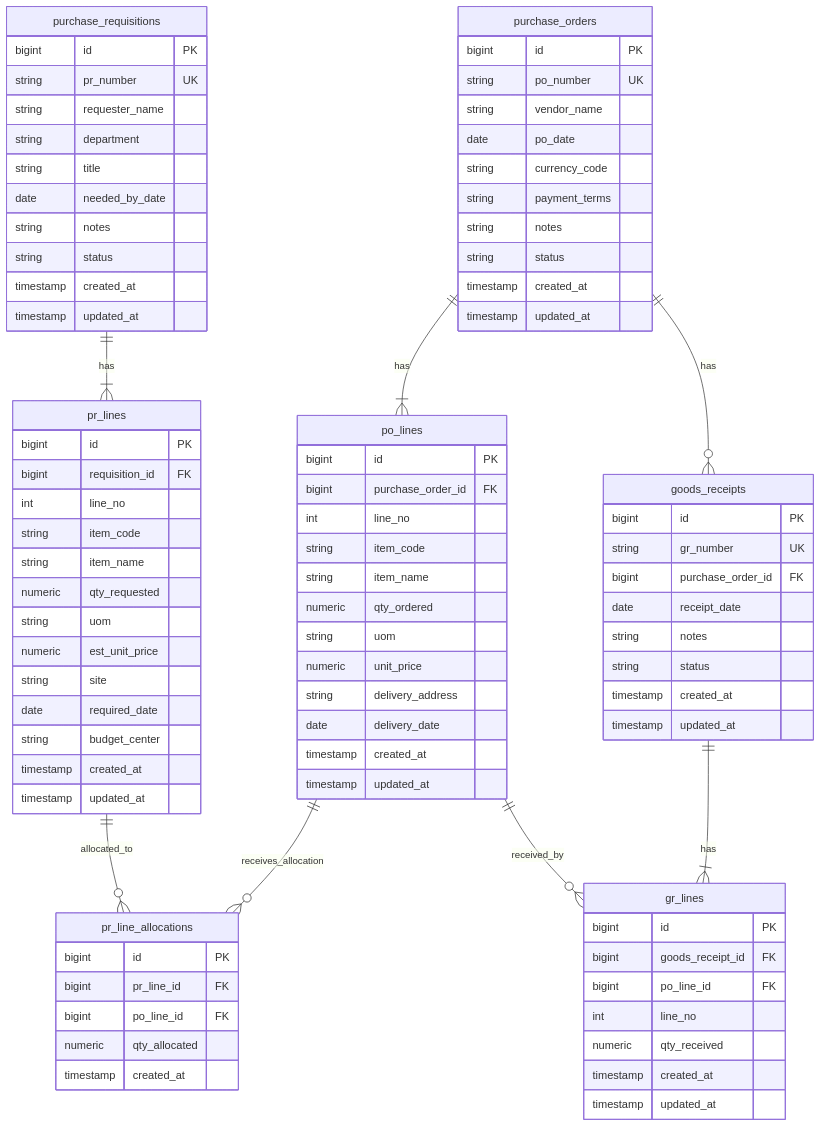
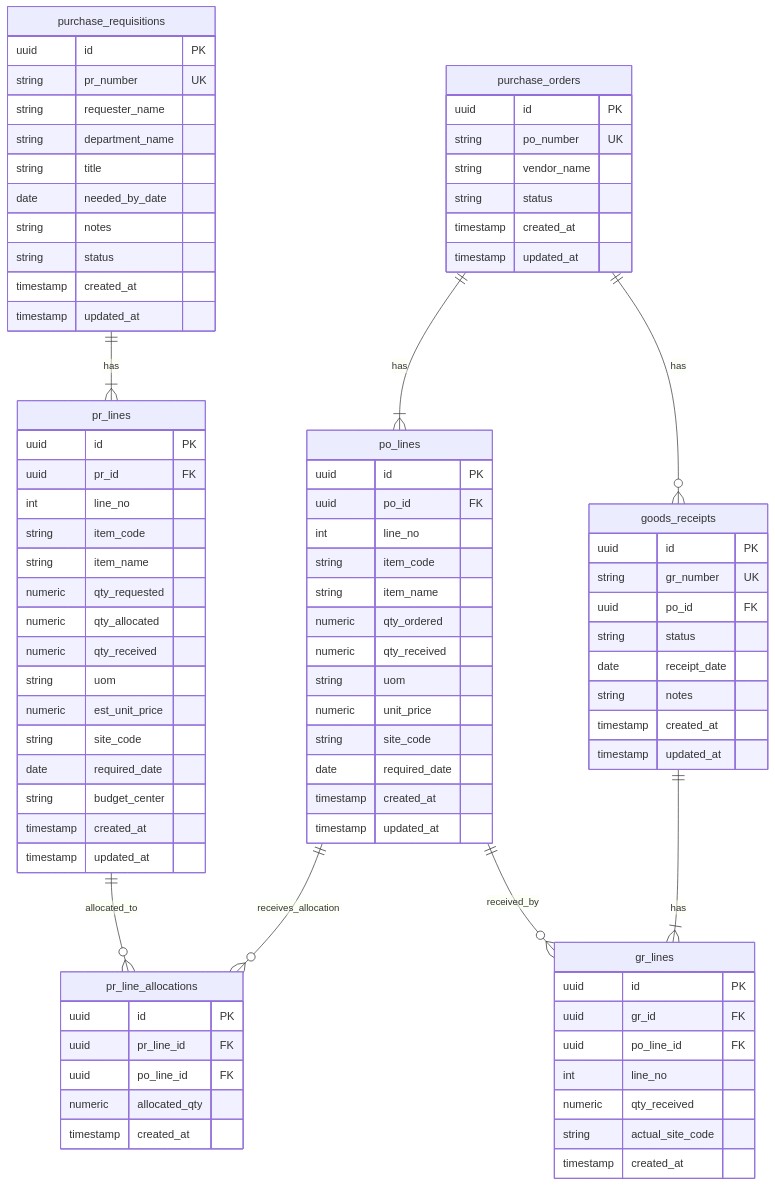
The fifth of 5 diagrams in docs/plan.md (eComindo/2026-github-copilot-workshop), drawn with Mermaid before and after one commit. The commit also changed other lines of this file, not shown here.

First line of the commit message:
Updated the plan.md file to reflect the actual DB

````diff
--- a/docs/plan.md
+++ b/docs/plan.md
@@ -247,10 +248,10 @@
    po_lines ||--o{ gr_lines : received_by
 
    purchase_requisitions {
-    bigint id PK
+    uuid id PK
     string pr_number UK
     string requester_name
-    string department
+    string department_name
     string title
     date needed_by_date
     string notes
@@ -260,15 +261,17 @@
    }
 
    pr_lines {
-    bigint id PK
-    bigint requisition_id FK
+    uuid id PK
+    uuid pr_id FK
     int line_no
     string item_code
     string item_name
     numeric qty_requested
+    numeric qty_allocated
+    numeric qty_received
     string uom
     numeric est_unit_price
-    string site
+    string site_code
     date required_date
     string budget_center
     timestamp created_at
@@ -276,59 +279,56 @@
    }
 
    purchase_orders {
-    bigint id PK
+    uuid id PK
     string po_number UK
     string vendor_name
-    date po_date
-    string currency_code
-    string payment_terms
-    string notes
     string status
     timestamp created_at
     timestamp updated_at
    }
 
    po_lines {
-    bigint id PK
-    bigint purchase_order_id FK
+    uuid id PK
+    uuid po_id FK
     int line_no
     string item_code
     string item_name
     numeric qty_ordered
+    numeric qty_received
     string uom
     numeric unit_price
-    string delivery_address
-    date delivery_date
+    string site_code
+    date required_date
     timestamp created_at
     timestamp updated_at
    }
 
    pr_line_allocations {
-    bigint id PK
-    bigint pr_line_id FK
-    bigint po_line_id FK
-    numeric qty_allocated
+    uuid id PK
+    uuid pr_line_id FK
+    uuid po_line_id FK
+    numeric allocated_qty
     timestamp created_at
    }
 
    goods_receipts {
-    bigint id PK
+    uuid id PK
     string gr_number UK
-    bigint purchase_order_id FK
+    uuid po_id FK
+    string status
     date receipt_date
     string notes
-    string status
     timestamp created_at
     timestamp updated_at
    }
 
    gr_lines {
-    bigint id PK
-    bigint goods_receipt_id FK
-    bigint po_line_id FK
+    uuid id PK
+    uuid gr_id FK
+    uuid po_line_id FK
     int line_no
     numeric qty_received
+    string actual_site_code
     timestamp created_at
-    timestamp updated_at
    }
 ```
````
